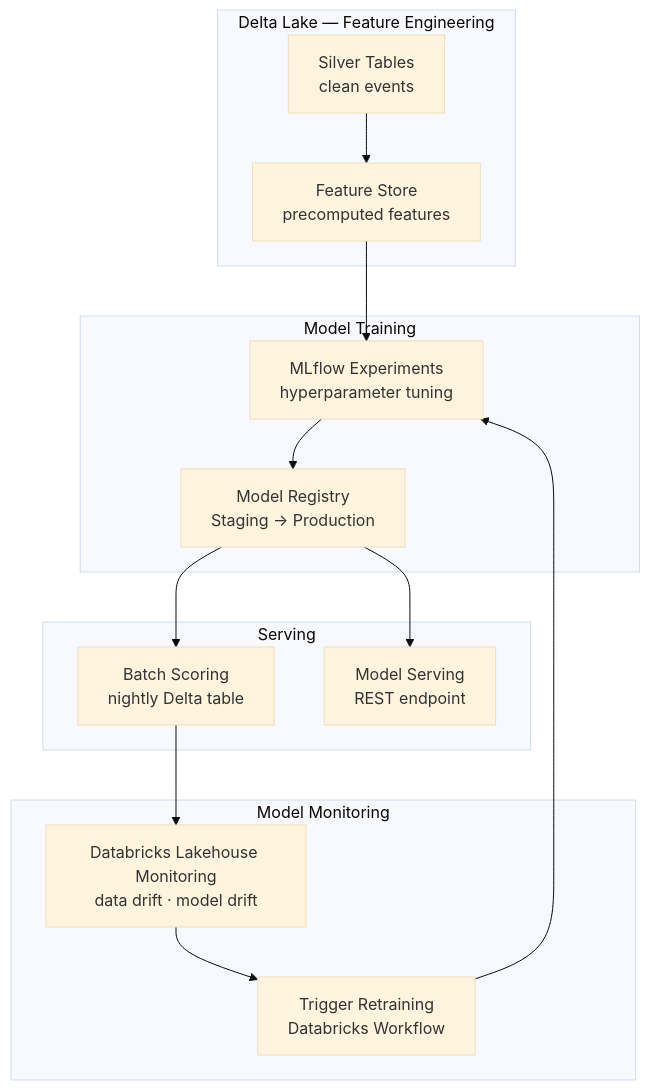
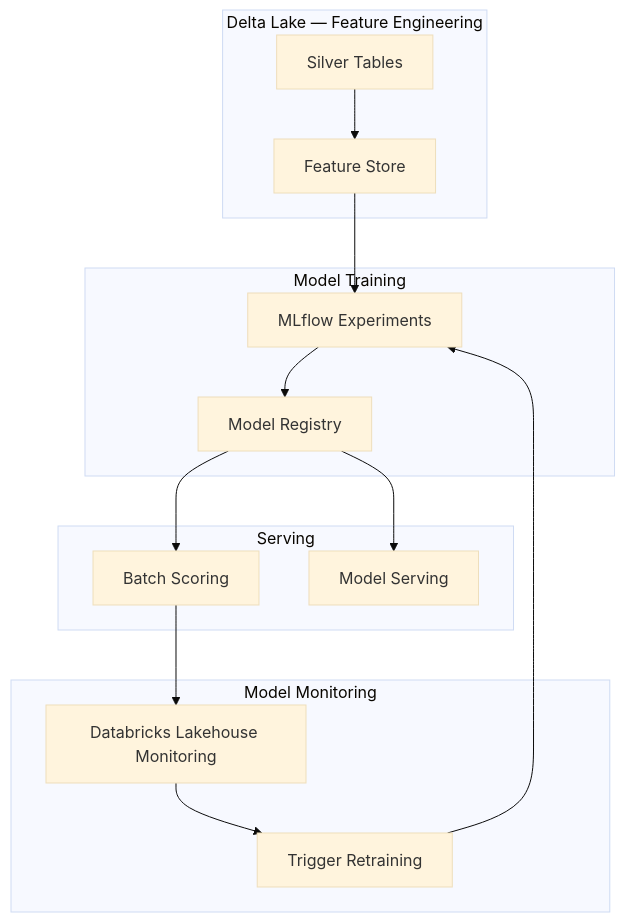
Before and after one commit to gcmishra7/data-engineering-helper: the fourth of 4 diagrams in 05-databricks/10-reference-architectures.md, drawn with Mermaid (base theme). The commit also changed other lines of this file and 57 other files, not shown here.

First line of the commit message:
Shorten mermaid node labels to fix text truncation on GitHub

````diff
--- a/05-databricks/10-reference-architectures.md
+++ b/05-databricks/10-reference-architectures.md
@@ -130,28 +168,28 @@
 ```mermaid
 graph TD
     subgraph Data[Delta Lake — Feature Engineering]
-        SIL[Silver Tables<br/>clean events]
-        FS[Feature Store<br/>precomputed features]
+        SIL[Silver Tables]
+        FS[Feature Store]
         SIL --> FS
     end
 
     subgraph Training[Model Training]
-        EXP[MLflow Experiments<br/>hyperparameter tuning]
-        MR[Model Registry<br/>Staging → Production]
+        EXP[MLflow Experiments]
+        MR[Model Registry]
         FS --> EXP --> MR
     end
 
     subgraph Inference[Serving]
-        BATCH[Batch Scoring<br/>nightly Delta table]
-        RT[Model Serving<br/>REST endpoint]
+        BATCH[Batch Scoring]
+        RT[Model Serving]
         MR --> BATCH
         MR --> RT
     end
 
     subgraph Monitoring[Model Monitoring]
-        DRIFT[Databricks Lakehouse Monitoring<br/>data drift · model drift]
+        DRIFT[Databricks Lakehouse Monitoring]
         BATCH --> DRIFT
-        DRIFT --> RETRAIN[Trigger Retraining<br/>Databricks Workflow]
+        DRIFT --> RETRAIN[Trigger Retraining]
         RETRAIN --> EXP
     end
 ```
````
